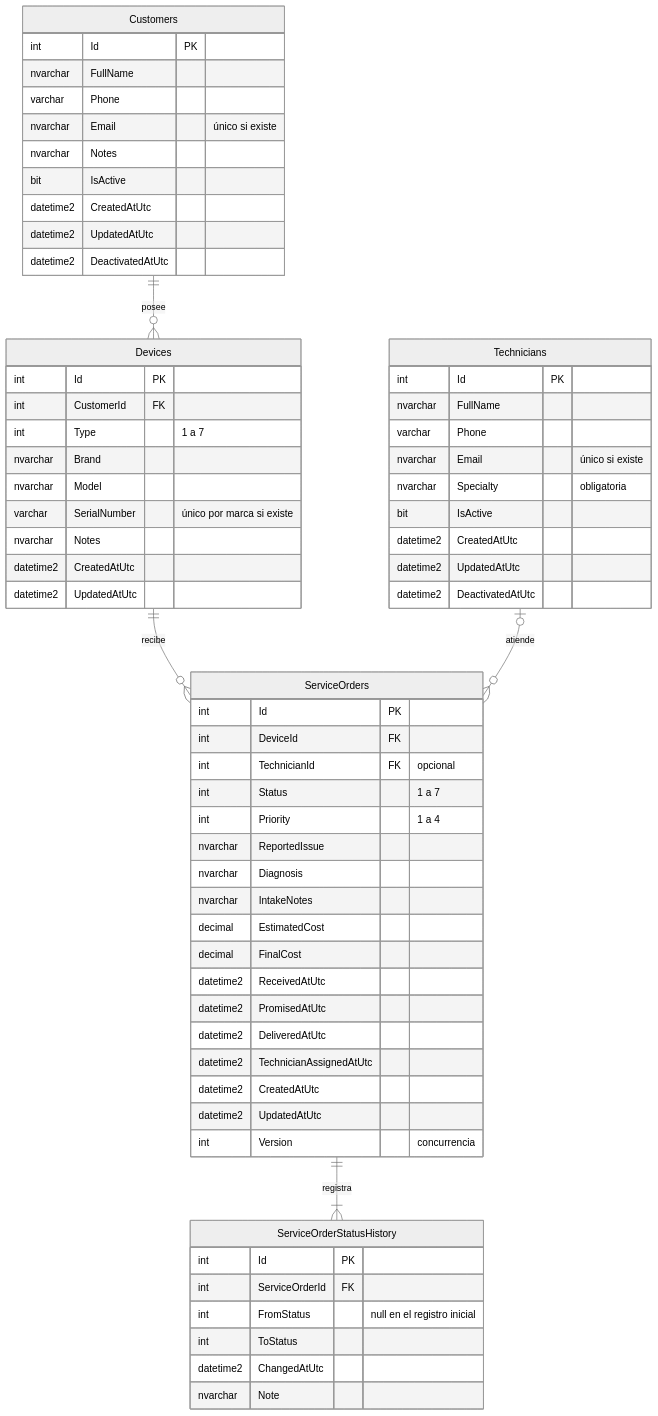
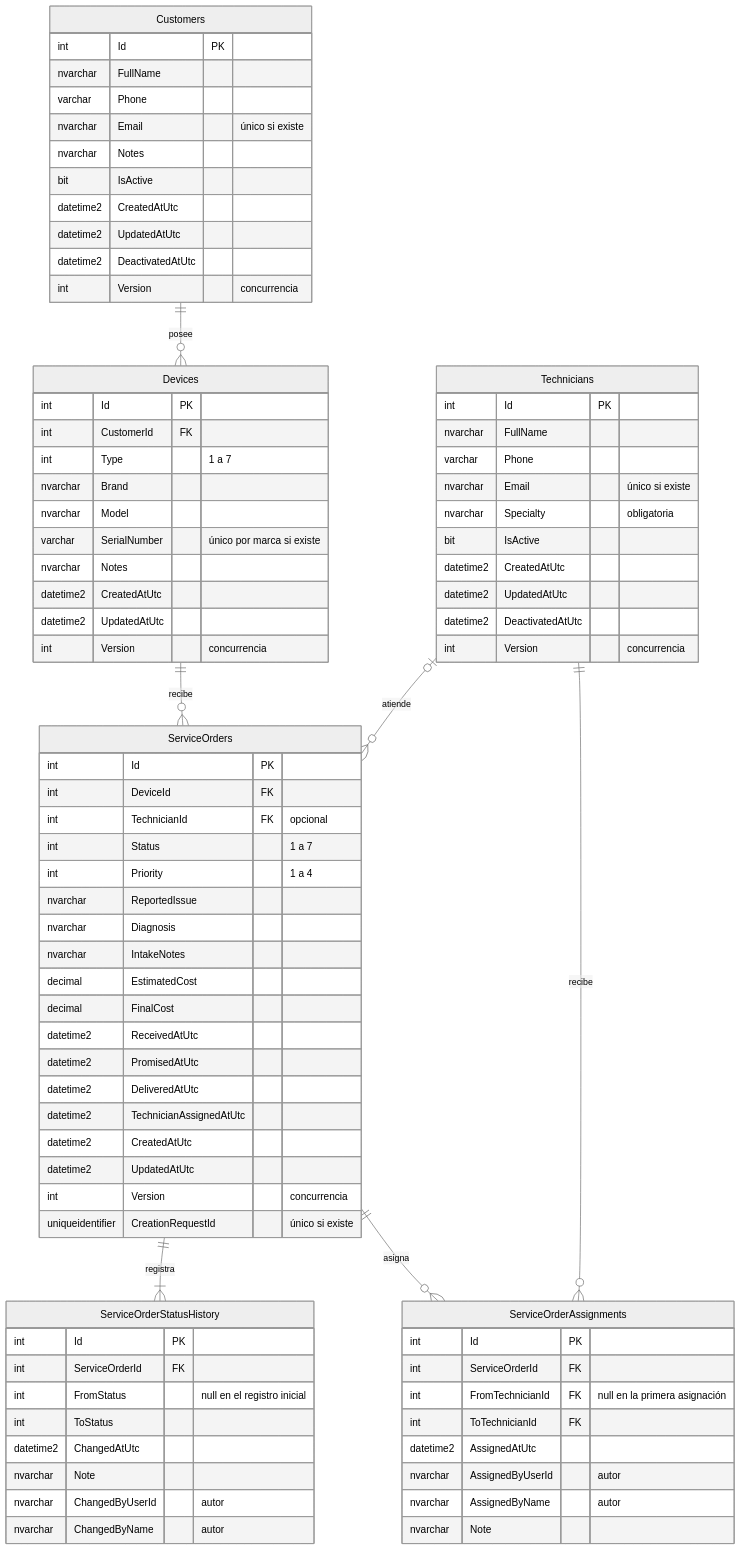
The first of 4 diagrams in docs/modelo-de-datos.md (JJMonzon072/fixtrack), drawn with Mermaid (neutral theme) before and after one commit. The commit also changed other lines of this file, not shown here.

Commit message:
docs(modelo): tablas de asignaciones y auditoría, versiones, autor y migraciones de la fase 4

````diff
--- a/docs/modelo-de-datos.md
+++ b/docs/modelo-de-datos.md
@@ -25,6 +30,8 @@
     Devices ||--o{ ServiceOrders : "recibe"
     Technicians |o--o{ ServiceOrders : "atiende"
     ServiceOrders ||--|{ ServiceOrderStatusHistory : "registra"
+    ServiceOrders ||--o{ ServiceOrderAssignments : "asigna"
+    Technicians ||--o{ ServiceOrderAssignments : "recibe"
 
     Customers {
         int Id PK
@@ -36,6 +43,7 @@
         datetime2 CreatedAtUtc
         datetime2 UpdatedAtUtc
         datetime2 DeactivatedAtUtc
+        int Version "concurrencia"
     }
 
     Devices {
@@ -48,6 +56,7 @@
         nvarchar Notes
         datetime2 CreatedAtUtc
         datetime2 UpdatedAtUtc
+        int Version "concurrencia"
     }
 
     Technicians {
@@ -60,6 +69,7 @@
         datetime2 CreatedAtUtc
         datetime2 UpdatedAtUtc
         datetime2 DeactivatedAtUtc
+        int Version "concurrencia"
     }
 
     ServiceOrders {
@@ -80,6 +90,7 @@
         datetime2 CreatedAtUtc
         datetime2 UpdatedAtUtc
         int Version "concurrencia"
+        uniqueidentifier CreationRequestId "único si existe"
     }
 
     ServiceOrderStatusHistory {
@@ -89,5 +100,18 @@
         int ToStatus
         datetime2 ChangedAtUtc
         nvarchar Note
+        nvarchar ChangedByUserId "autor"
+        nvarchar ChangedByName "autor"
+    }
+
+    ServiceOrderAssignments {
+        int Id PK
+        int ServiceOrderId FK
+        int FromTechnicianId FK "null en la primera asignación"
+        int ToTechnicianId FK
+        datetime2 AssignedAtUtc
+        nvarchar AssignedByUserId "autor"
+        nvarchar AssignedByName "autor"
+        nvarchar Note
     }
 ```
````
